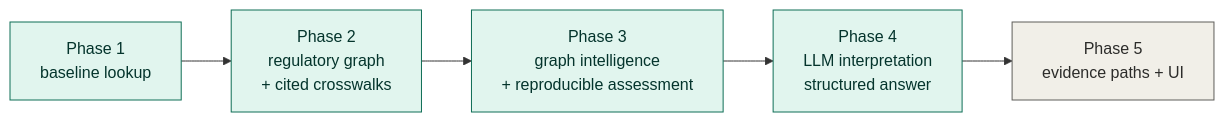
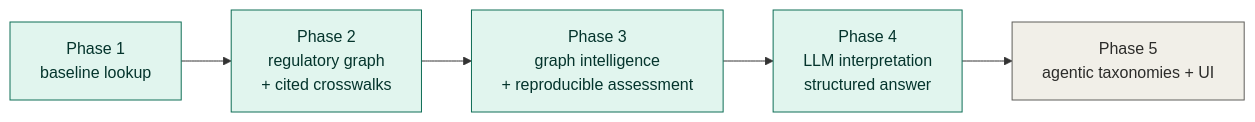
One commit to minw0607/Regulus changed the fourth of 4 diagrams in README.md. Above: the diagram before and after it, drawn with Mermaid. The commit also changed other lines of this file and 9 other files, not shown here.

````diff
--- a/README.md
+++ b/README.md
@@ -236,11 +248,11 @@
 ```mermaid
 flowchart LR
     P1["Phase 1<br/>baseline lookup"] --> P2["Phase 2<br/>regulatory graph<br/>+ cited crosswalks"]
     P2 --> P3["Phase 3<br/>graph intelligence<br/>+ reproducible assessment"]
     P3 --> P4["Phase 4<br/>LLM interpretation<br/>structured answer"]
-    P4 --> P5["Phase 5<br/>evidence paths + UI"]
+    P4 --> P5["Phase 5<br/>agentic taxonomies + UI"]
     classDef done fill:#e1f5ee,stroke:#0f6e56,color:#04342c;
     classDef todo fill:#f1efe8,stroke:#5f5e5a,color:#2c2c2a;
     class P1,P2,P3,P4 done
     class P5 todo
 ```
````
